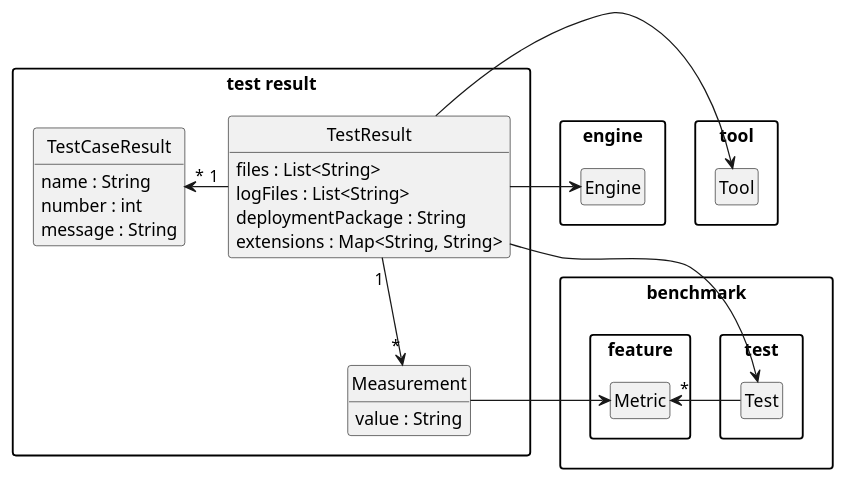
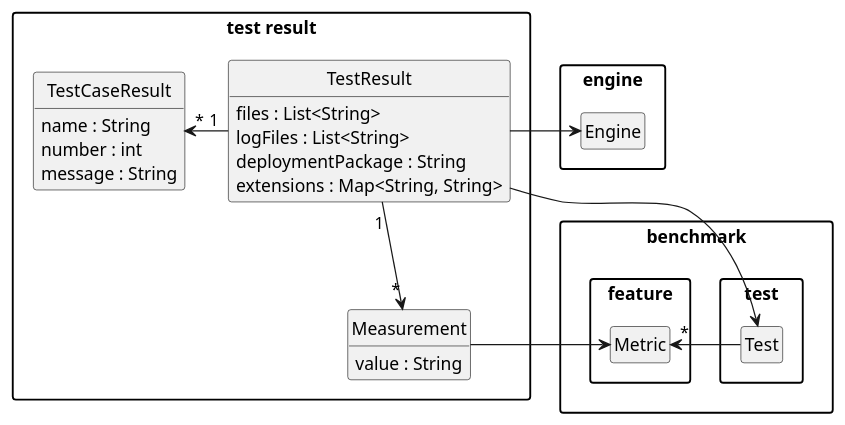
The diagram in pebl/doc/result-test-result.puml (uniba-dsg/betsy), drawn with PlantUML before and after one commit. The commit also changed 118 other files, not shown here.

```diff
--- a/pebl/doc/result-test-result.puml
+++ b/pebl/doc/result-test-result.puml
@@ -1,60 +1,54 @@
 @startuml
 
 package "benchmark" {
 
 package "test" {
    class Test
 }
 
 package "feature" {
   class Metric
 }
 }
 
 package "engine" {
 
 	class Engine
 
-}
-
-package "tool" {
-
-	class Tool
 }
 
 package "test result" {
 
 	class TestResult {
 	     files : List<String>
 	     logFiles : List<String>
 	     deploymentPackage : String
 		extensions : Map<String, String>
 	}
 
 	class TestCaseResult {
 		name : String
 		number : int
 		message : String
 	}
 
 	class Measurement {
 	   value : String
 	}
 }
 TestResult "1"-left->"*" TestCaseResult
 
 TestResult -> Test
 TestResult -> Engine
-TestResult -> Tool
 TestResult "1"-down->"*" Measurement
 Measurement -> Metric
 Test ->"*" Metric
 
 hide empty members
 hide empty methods
 hide circle
 
 skinparam monochrome true
 skinparam shadowing false
 skinparam packageStyle rect
 @enduml
```
